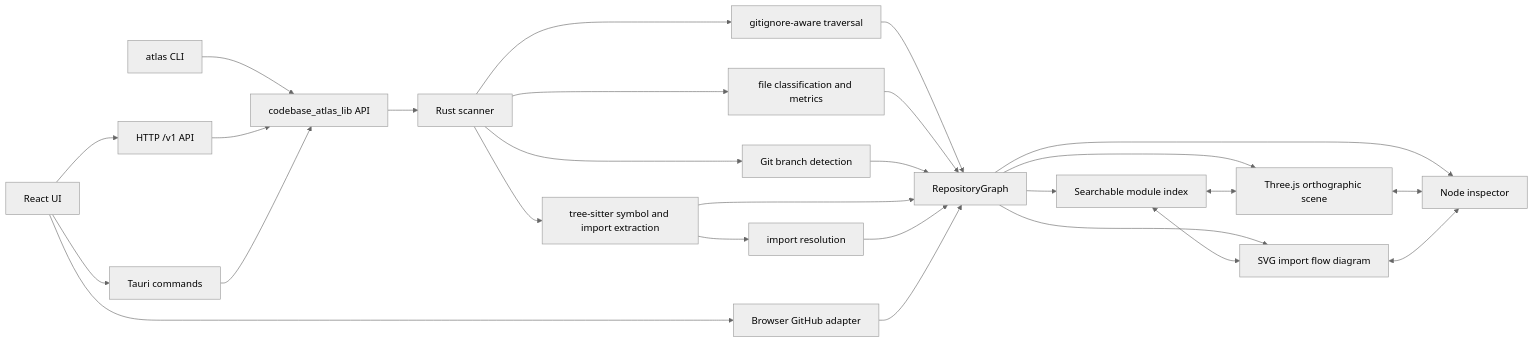
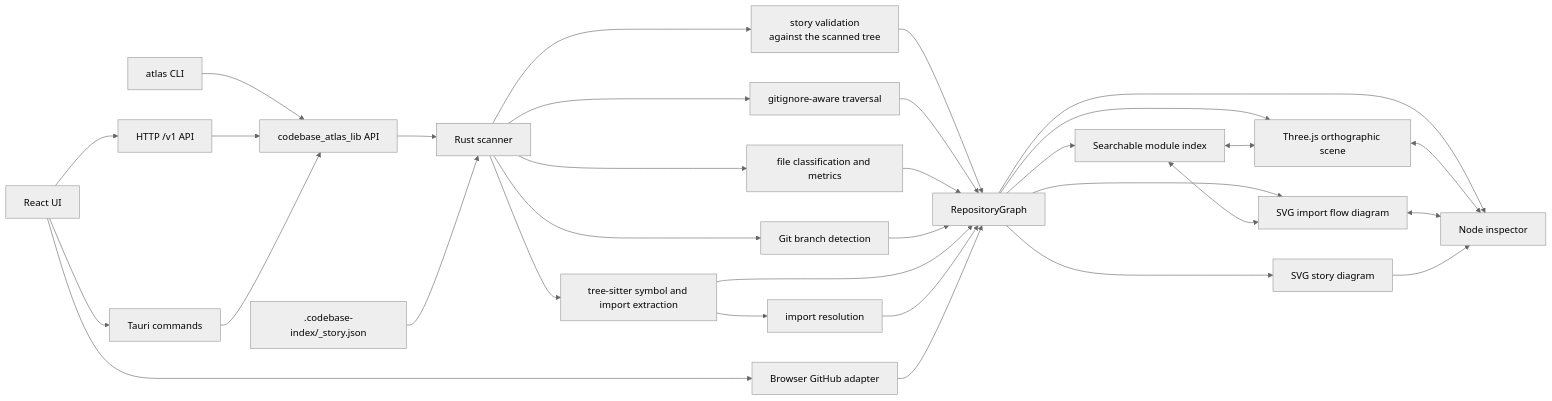
The first of 4 diagrams in README.md (Volpestyle/codebase-atlas), drawn with Mermaid (neutral theme) before and after one commit. The commit also changed other lines of this file and 9 other files, not shown here.

````diff
--- a/README.md
+++ b/README.md
@@ -9,29 +9,34 @@
 ```mermaid
 flowchart LR
     CLI[atlas CLI] --> API[codebase_atlas_lib API]
     HTTP[HTTP /v1 API] --> API
     Tauri[Tauri commands] --> API
     UI[React UI] --> Tauri
     UI --> HTTP
     UI --> GH[Browser GitHub adapter]
     API --> C[Rust scanner]
     C --> D[gitignore-aware traversal]
     C --> E[file classification and metrics]
     C --> F[Git branch detection]
     C --> O[tree-sitter symbol and import extraction]
     O --> R[import resolution]
+    C --> V[story validation<br/>against the scanned tree]
+    V --> G
     D --> G[RepositoryGraph]
     E --> G
     F --> G
     O --> G
     R --> G
     GH --> G
+    M[".codebase-index/_story.json"] --> C
     G --> I[Searchable module index]
     G --> J[Three.js orthographic scene]
     G --> P[SVG import flow diagram]
+    G --> N[SVG story diagram]
     G --> K[Node inspector]
     I <--> J
     I <--> P
     J <--> K
     P <--> K
+    N --> K
 ```
````
